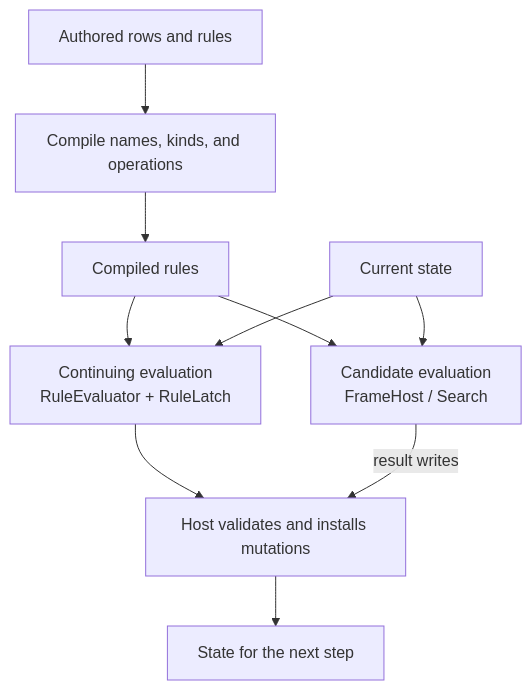
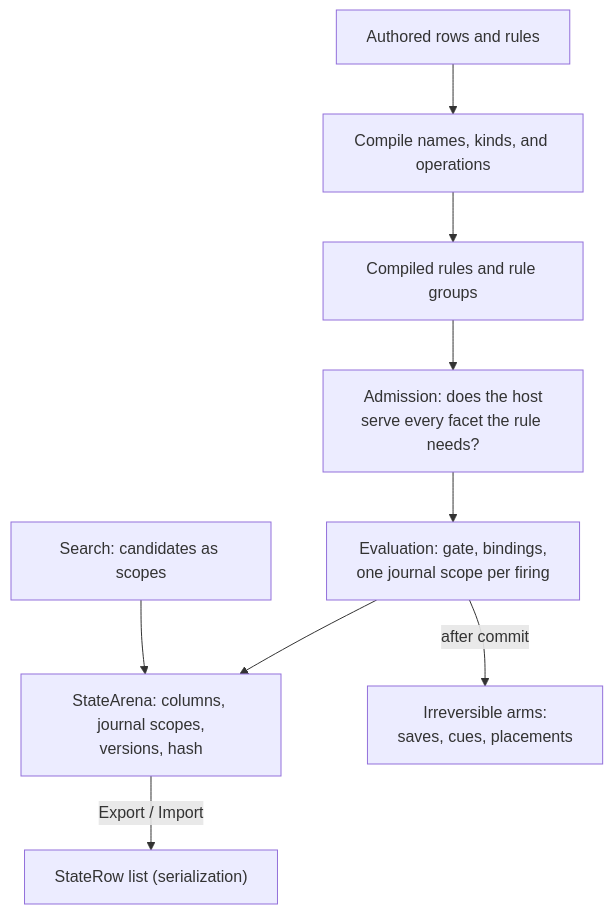
Before and after one commit to ByteTerrace/Puck: the diagram in docs/reference/state.md, drawn with Mermaid. The commit also changed other lines of this file and 1500 other files, not shown here.

````diff
--- a/docs/reference/state.md
+++ b/docs/reference/state.md
@@ -14,12 +24,11 @@
 ```mermaid
 flowchart TB
     Author["Authored rows and rules"] --> Compile["Compile names, kinds, and operations"]
-    Compile --> Rules["Compiled rules"]
-    Rules --> Live["Continuing evaluation<br/>RuleEvaluator + RuleLatch"]
-    Rules --> Judge["Candidate evaluation<br/>FrameHost / Search"]
-    Input["Current state"] --> Live
-    Input --> Judge
-    Live --> Host["Host validates and installs mutations"]
-    Judge -- "result writes" --> Host
-    Host --> Next["State for the next step"]
+    Compile --> Rules["Compiled rules and rule groups"]
+    Rules --> Admit["Admission: does the host<br/>serve every facet the rule needs?"]
+    Admit --> Evaluate["Evaluation: gate, bindings,<br/>one journal scope per firing"]
+    Evaluate --> Arena["StateArena: columns, journal scopes,<br/>versions, hash"]
+    Arena -- "Export / Import" --> Document["StateRow list (serialization)"]
+    Evaluate -- "after commit" --> Outward["Irreversible arms:<br/>saves, cues, placements"]
+    Search["Search: candidates as scopes"] --> Arena
 ```
````
